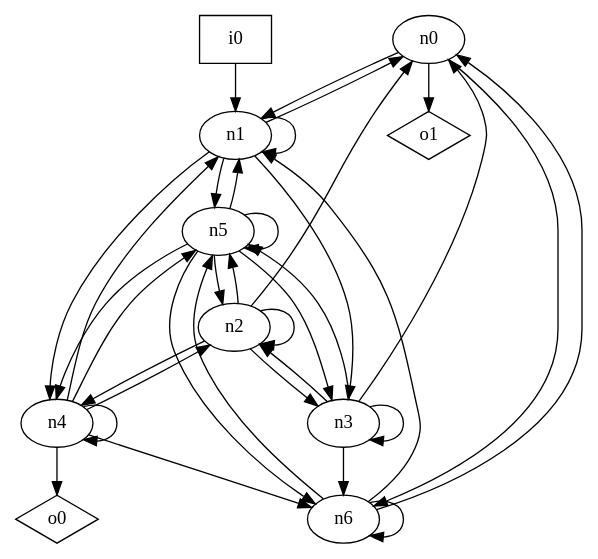
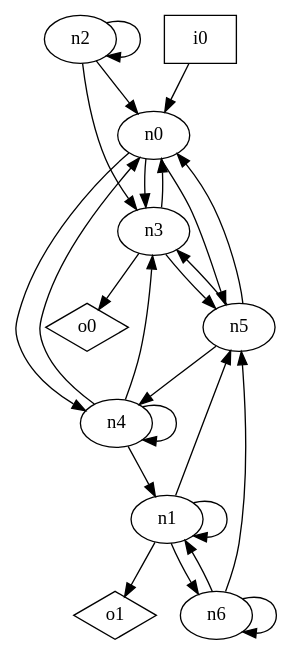
The diagram in dot_files/bool_circ/random.dot (p9romain/bool-circuits), drawn with Graphviz before and after one commit. The commit also changed 74 other files, not shown here.

```diff
--- a/dot_files/bool_circ/random.dot
+++ b/dot_files/bool_circ/random.dot
@@ -1,47 +1,36 @@
 digraph G {
 n0 [label="n0"];
 n1 [label="n1"];
 n2 [label="n2"];
 n3 [label="n3"];
 n4 [label="n4"];
 n5 [label="n5"];
 n6 [label="n6"];
 n7 [label="i0",shape="box"];
 n8 [label="o0",shape="diamond"];
 n9 [label="o1",shape="diamond"];
-n0 -> n1
-n0 -> n6
-n0 -> n9
-n1 -> n0
+n0 -> n3
+n0 -> n4
+n0 -> n5
 n1 -> n1
-n1 -> n3
-n1 -> n4
 n1 -> n5
+n1 -> n6
+n1 -> n9
 n2 -> n0
 n2 -> n2
 n2 -> n3
-n2 -> n4
-n2 -> n5
 n3 -> n0
-n3 -> n2
-n3 -> n3
 n3 -> n5
-n3 -> n6
+n3 -> n8
+n4 -> n0
 n4 -> n1
-n4 -> n2
+n4 -> n3
 n4 -> n4
-n4 -> n5
-n4 -> n6
-n4 -> n8
-n5 -> n1
-n5 -> n2
+n5 -> n0
 n5 -> n3
 n5 -> n4
-n5 -> n5
-n5 -> n6
-n6 -> n0
 n6 -> n1
 n6 -> n5
 n6 -> n6
-n7 -> n1
+n7 -> n0
 }
```
